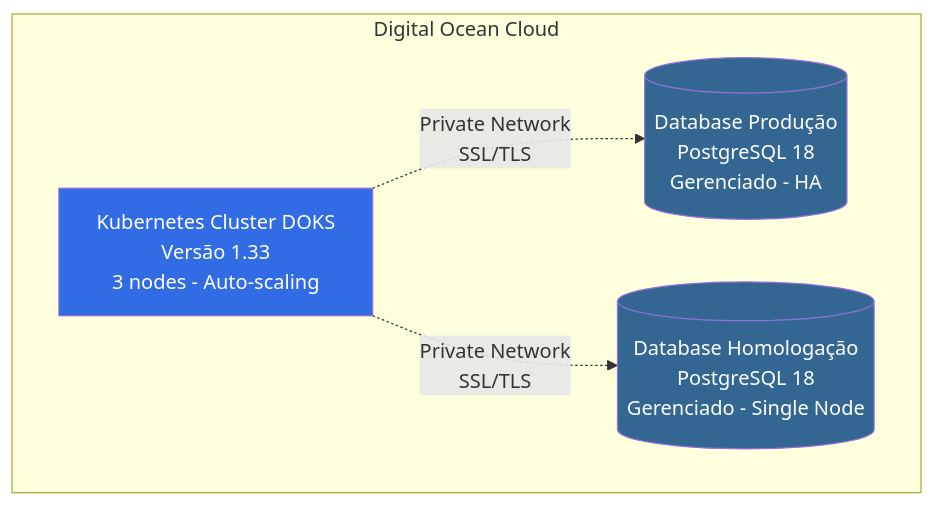
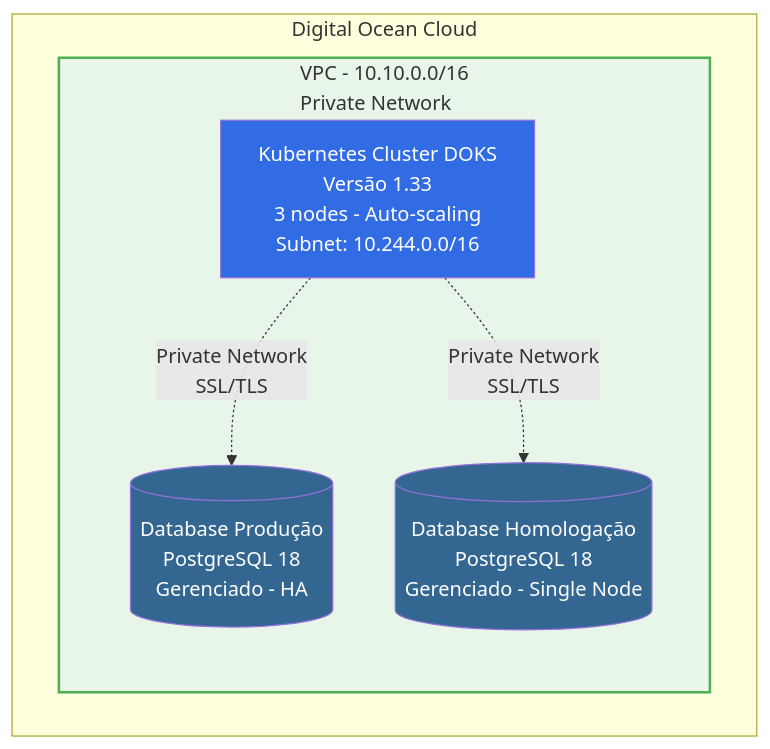
One commit to veronez-io/maratona-com-ia changed the diagram in docs/prd-infraestrutura-cloud-digitalocean.md. Above: the diagram before and after it, drawn with Mermaid.

Commit message:
docs: adiciona VPC e subnets ao diagrama de infraestrutura

````diff
--- a/docs/prd-infraestrutura-cloud-digitalocean.md
+++ b/docs/prd-infraestrutura-cloud-digitalocean.md
@@ -24,17 +24,20 @@
 ```mermaid
 graph TB
     subgraph "Digital Ocean Cloud"
-        K8S[Kubernetes Cluster DOKS<br/>Versão 1.33<br/>3 nodes - Auto-scaling]
+        subgraph VPC["VPC - 10.10.0.0/16<br/>Private Network"]
+            K8S[Kubernetes Cluster DOKS<br/>Versão 1.33<br/>3 nodes - Auto-scaling<br/>Subnet: 10.244.0.0/16]
 
-        DB_PROD[(Database Produção<br/>PostgreSQL 18<br/>Gerenciado - HA)]
+            DB_PROD[(Database Produção<br/>PostgreSQL 18<br/>Gerenciado - HA)]
 
-        DB_STAGING[(Database Homologação<br/>PostgreSQL 18<br/>Gerenciado - Single Node)]
+            DB_STAGING[(Database Homologação<br/>PostgreSQL 18<br/>Gerenciado - Single Node)]
+        end
     end
 
     K8S -.Private Network<br/>SSL/TLS.-> DB_PROD
     K8S -.Private Network<br/>SSL/TLS.-> DB_STAGING
 
     style K8S fill:#326CE5,color:#fff
     style DB_PROD fill:#336791,color:#fff
     style DB_STAGING fill:#336791,color:#fff
+    style VPC fill:#E8F5E9,stroke:#4CAF50,stroke-width:2px
 ```
````
